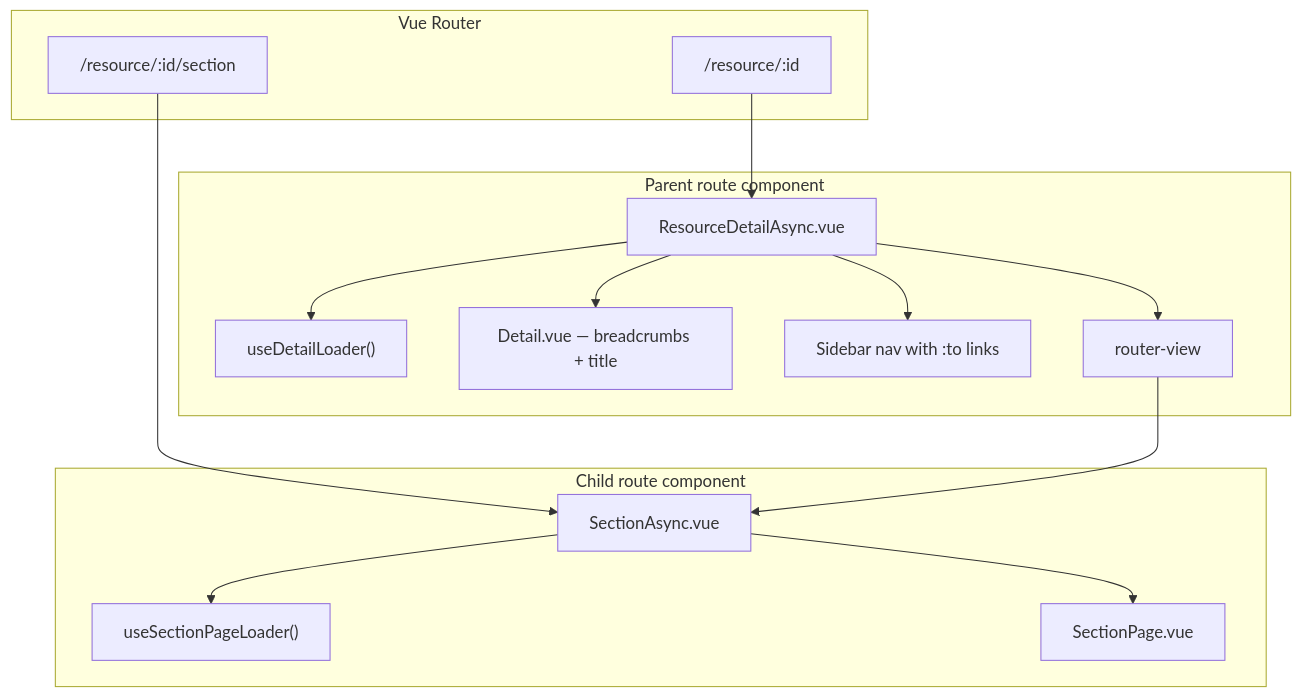
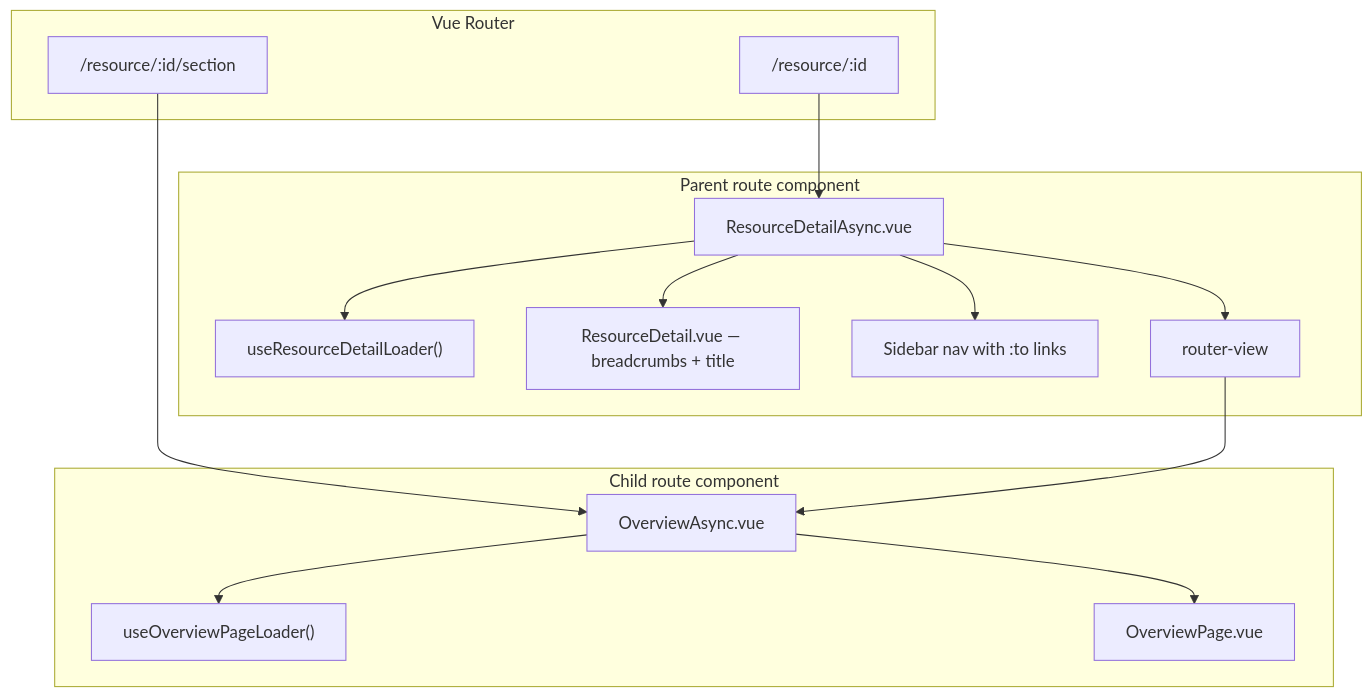
The diagram in vue/docs/05-nested-routes.md (sderickson/saflib), drawn with Mermaid before and after one commit. The commit also changed other lines of this file, not shown here.

````diff
--- a/vue/docs/05-nested-routes.md
+++ b/vue/docs/05-nested-routes.md
@@ -19,31 +19,31 @@
 ```mermaid
 flowchart TB
   subgraph router [Vue Router]
     ParentRoute["/resource/:id"]
     ChildRoute["/resource/:id/section"]
   end
 
   subgraph parent [Parent route component]
     ParentAsync["ResourceDetailAsync.vue"]
-    ParentLoader["useDetailLoader()"]
-    Chrome["Detail.vue — breadcrumbs + title"]
+    ParentLoader["useResourceDetailLoader()"]
+    Chrome["ResourceDetail.vue — breadcrumbs + title"]
     Sidebar["Sidebar nav with :to links"]
     RV["router-view"]
   end
 
   subgraph child [Child route component]
-    ChildAsync["SectionAsync.vue"]
-    ChildLoader["useSectionPageLoader()"]
-    SectionPage["SectionPage.vue"]
+    ChildAsync["OverviewAsync.vue"]
+    ChildLoader["useOverviewPageLoader()"]
+    OverviewPage["OverviewPage.vue"]
   end
 
   ParentRoute --> ParentAsync
   ChildRoute --> ChildAsync
   ParentAsync --> ParentLoader
   ParentAsync --> Chrome
   ParentAsync --> Sidebar
   ParentAsync --> RV
   RV --> ChildAsync
   ChildAsync --> ChildLoader
-  ChildAsync --> SectionPage
+  ChildAsync --> OverviewPage
 ```
````
